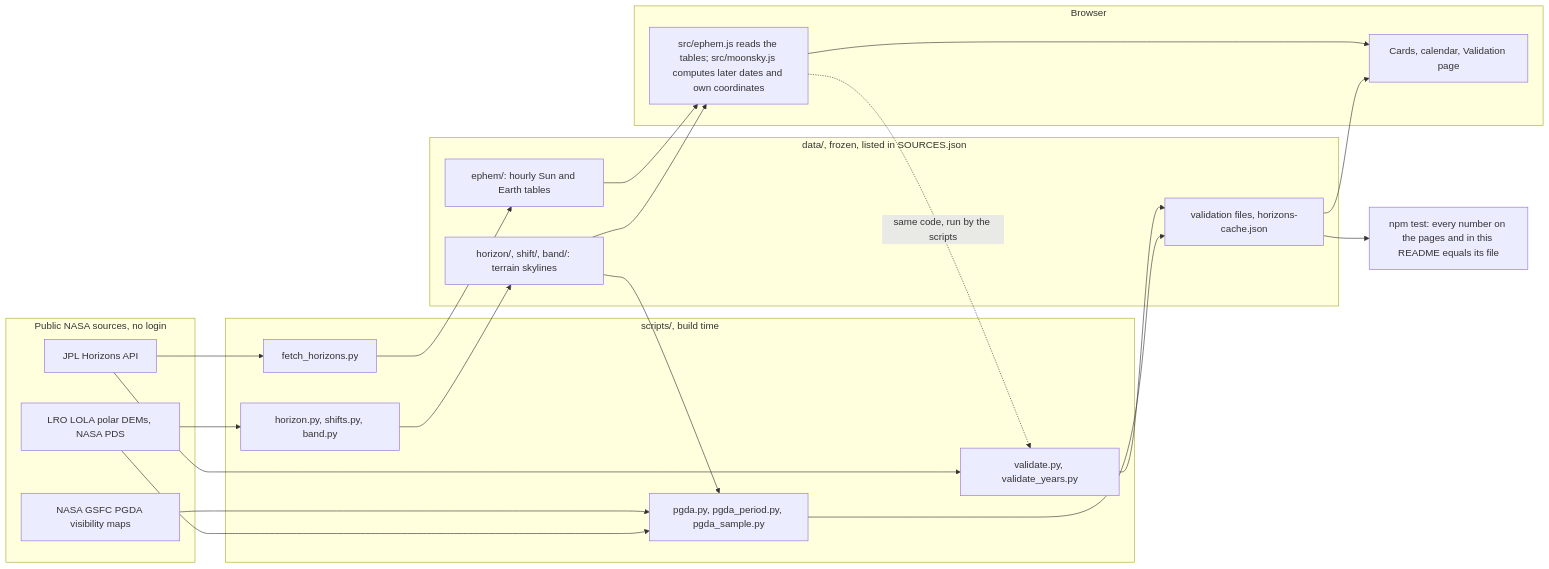
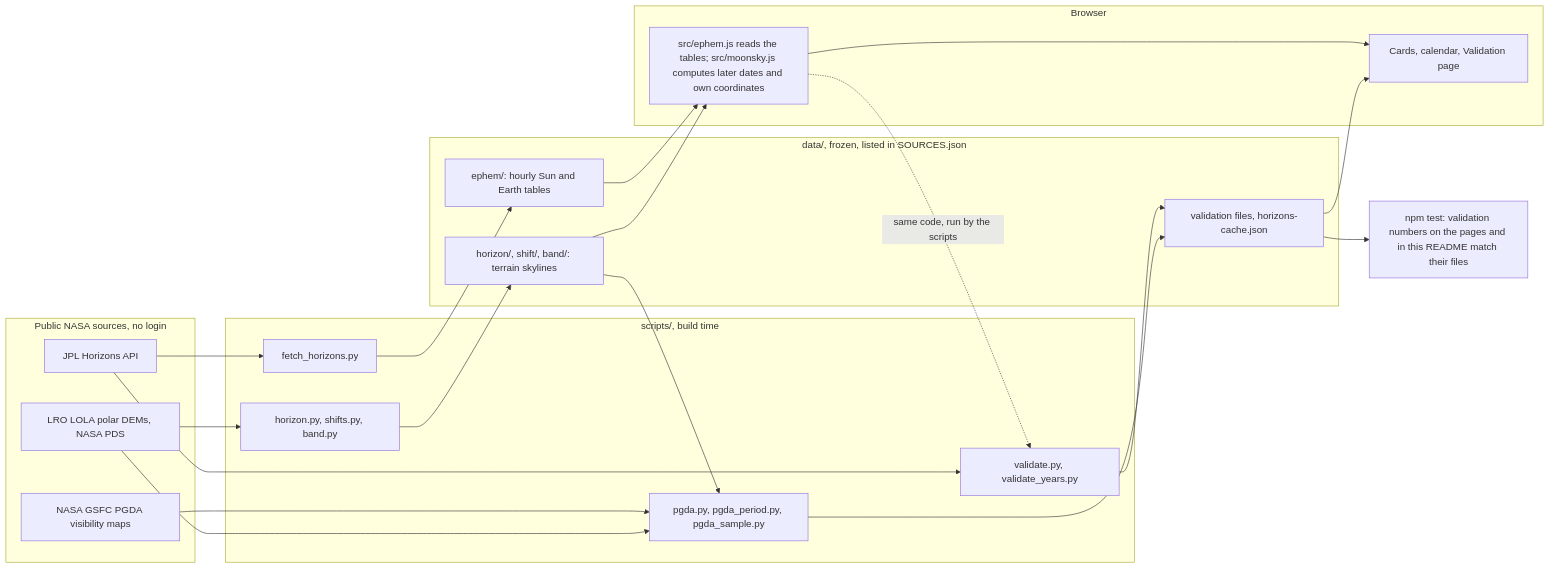
Before and after one commit to aimanmalib/spaceapps26: the diagram in README.md, drawn with Mermaid. The commit also changed 5 other files, not shown here.

Commit message:
First-screen line: shorter wording (same answers: solar power N of N, Earth N of N) so the three-digit totals keep it on two lines at 1366 x 768 and the answers stay on the first screen (measured: 760.5 px, as before); README diagram: the test node claims only the validation numbers

````diff
--- a/README.md
+++ b/README.md
@@ -74,36 +74,36 @@
 ```mermaid
 flowchart LR
   subgraph NASA["Public NASA sources, no login"]
     H["JPL Horizons API"]
     L["LRO LOLA polar DEMs, NASA PDS"]
     P["NASA GSFC PGDA visibility maps"]
   end
   subgraph S["scripts/, build time"]
     F["fetch_horizons.py"]
     Z["horizon.py, shifts.py, band.py"]
     V["validate.py, validate_years.py"]
     G["pgda.py, pgda_period.py, pgda_sample.py"]
   end
   subgraph D["data/, frozen, listed in SOURCES.json"]
     E["ephem/: hourly Sun and Earth tables"]
     K["horizon/, shift/, band/: terrain skylines"]
     R["validation files, horizons-cache.json"]
   end
   subgraph B["Browser"]
     W["src/ephem.js reads the tables; src/moonsky.js computes later dates and own coordinates"]
     U["Cards, calendar, Validation page"]
   end
   H --> F --> E
   L --> Z --> K
   H --> V
   W -.->|same code, run by the scripts| V
   V --> R
   P --> G --> R
   L --> G
   K --> G
   E --> W
   K --> W
   W --> U
   R --> U
-  R --> T["npm test: every number on the pages and in this README equals its file"]
+  R --> T["npm test: validation numbers on the pages and in this README match their files"]
 ```
````
